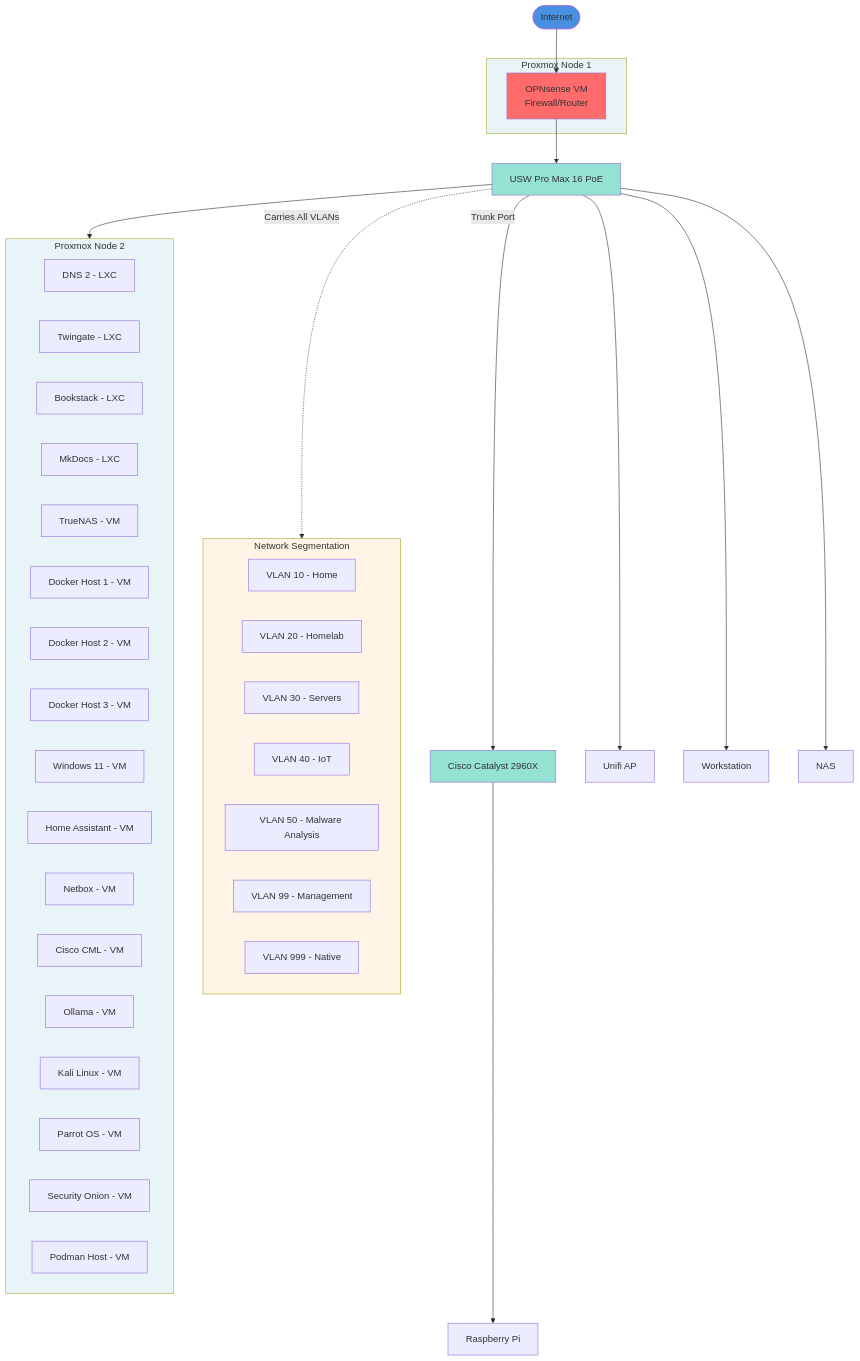
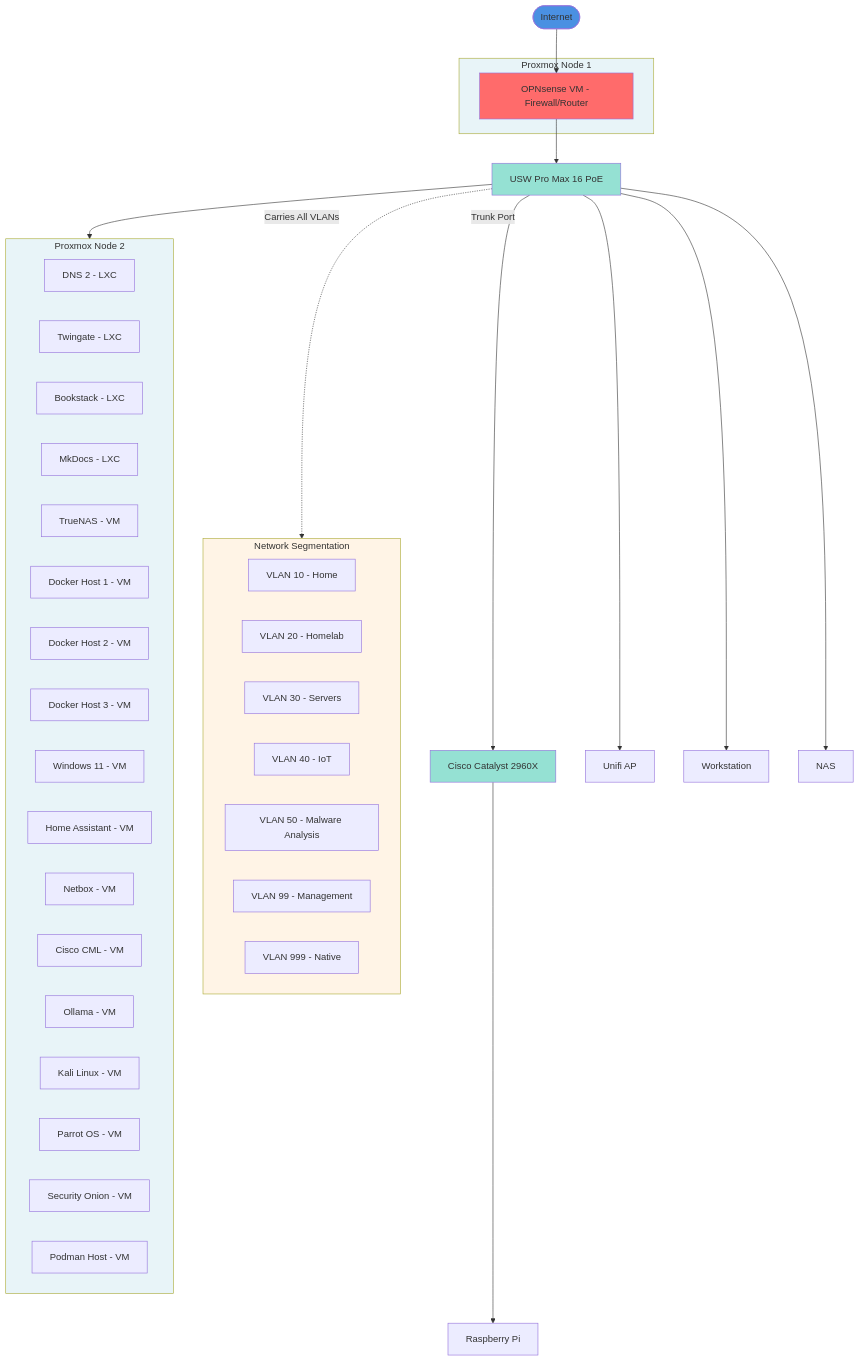
The diagram in docs/index.md (moshthesubnet/my-lab-docs), drawn with Mermaid before and after one commit. The commit also changed other lines of this file, not shown here.

````diff
--- a/docs/index.md
+++ b/docs/index.md
@@ -52,76 +53,76 @@
 ```mermaid
 graph TB
     %% Internet and Edge
     Internet([Internet])
     
     %% Proxmox Host containing OPNsense
     subgraph ProxmoxNode1["Proxmox Node 1"]
-        OPNsense[OPNsense VM<br/>Firewall/Router]
+        OPNsense[OPNsense VM - Firewall/Router]
     end
     
     %% Main Switch
     MainSwitch[USW Pro Max 16 PoE]
     
     %% VLANs
     subgraph VLANs["Network Segmentation"]
         VLAN10[VLAN 10 - Home]
         VLAN20[VLAN 20 - Homelab]
         VLAN30[VLAN 30 - Servers]
         VLAN40[VLAN 40 - IoT]
         VLAN50[VLAN 50 - Malware Analysis]
         VLAN99[VLAN 99 - Management]
         VLAN999[VLAN 999 - Native]
     end
     
     %% Trunk Connection
     LabSwitch[Cisco Catalyst 2960X]
     
     %% Physical Devices
     AP[Unifi AP]
     PC[Workstation]
     NAS[NAS]
     RP[Raspberry Pi]
     
     %% Proxmox Node 2 with VMs/LXCs
     subgraph ProxmoxNode2["Proxmox Node 2"]
         Pihole2[DNS 2 - LXC]
         TwinGate[Twingate - LXC]
         BookstackVM[Bookstack - LXC]
         MkDocs[MkDocs - LXC]
         TrueNAS[TrueNAS - VM]
         Dockerhost1[Docker Host 1 - VM]
         Dockerhost2[Docker Host 2 - VM]
         Dockerhost3[Docker Host 3 - VM]
         Win11[Windows 11 - VM]
         HomeAssistant[Home Assistant - VM]
         Netbox[Netbox - VM]
         CML[Cisco CML - VM]
         Ollama[Ollama - VM]
         Kali[Kali Linux - VM]
         Parrot[Parrot OS - VM]
         SecurityOnion[Security Onion - VM]
         Podmanhost1[Podman Host - VM]
     end
     
     %% Connections Flow
     Internet --> OPNsense
     OPNsense --> MainSwitch
     MainSwitch -.->|Carries All VLANs| VLANs
     MainSwitch -->|Trunk Port| LabSwitch
     
     %% Device Connections
     MainSwitch --> AP
     MainSwitch --> PC
     MainSwitch --> NAS
     MainSwitch --> ProxmoxNode2
     LabSwitch --> RP
     
     %% Styling
     style Internet fill:#4a90e2
     style OPNsense fill:#ff6b6b
     style ProxmoxNode1 fill:#e8f4f8
     style ProxmoxNode2 fill:#e8f4f8
     style VLANs fill:#fff4e6
     style MainSwitch fill:#95e1d3
     style LabSwitch fill:#95e1d3
-```
+``` 
````
